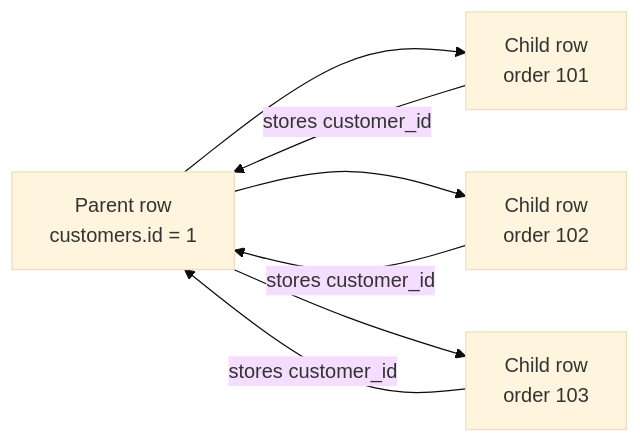
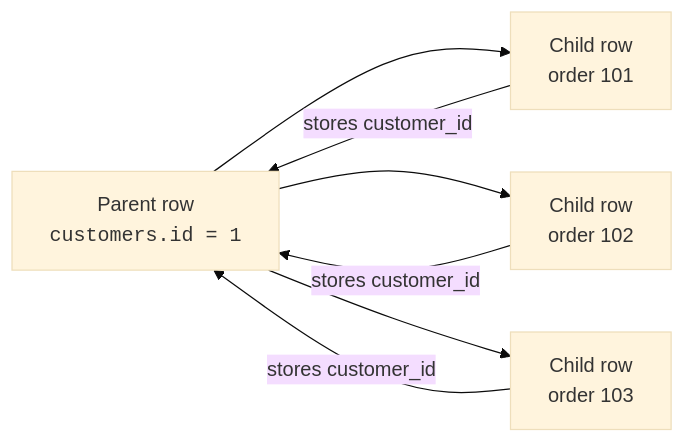
Before and after one commit to dataslope/dataslope: the fourth of 4 diagrams in content/learn/database-design-postgresql/one-to-many.mdx, drawn with Mermaid (base theme). The commit also changed other lines of this file and 218 other files, not shown here.

First line of the commit message:
Render code-only mermaid shapes in monospace; convert step sequences to Steps (#467)

````diff
--- a/content/learn/database-design-postgresql/one-to-many.mdx
+++ b/content/learn/database-design-postgresql/one-to-many.mdx
@@ -148,9 +148,9 @@
 ```mermaid
 flowchart LR
-    Parent["Parent row<br/>customers.id = 1"] --> ChildA["Child row<br/>order 101"]
+    Parent["Parent row<br/><code>customers.id = 1</code>"] --> ChildA["Child row<br/>order 101"]
     Parent --> ChildB["Child row<br/>order 102"]
     Parent --> ChildC["Child row<br/>order 103"]
     ChildA -->|"stores customer_id"| Parent
     ChildB -->|"stores customer_id"| Parent
     ChildC -->|"stores customer_id"| Parent
 ```
````
